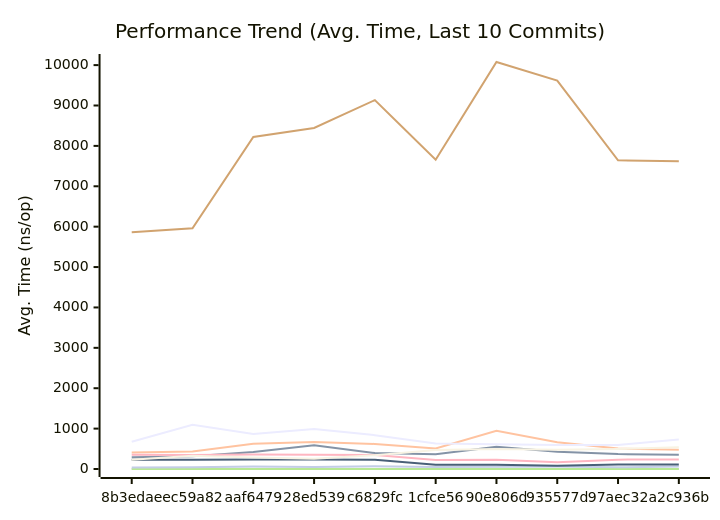
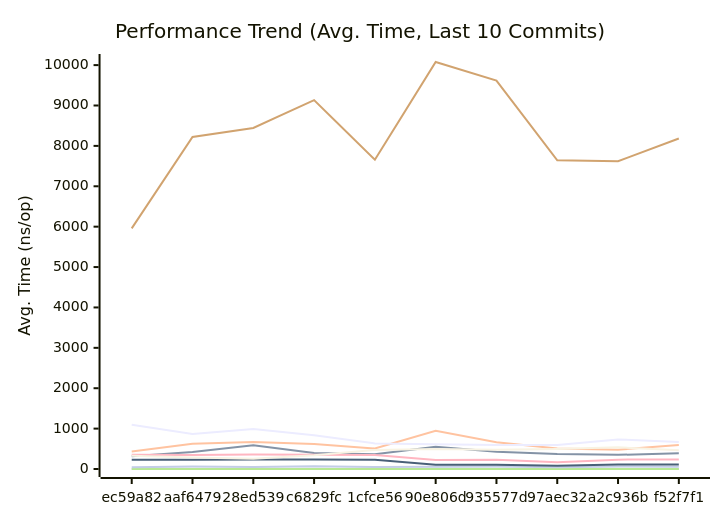
One commit to alsotoes/momo changed the first of 3 diagrams in docs/PERFORMANCE.md. Above: the diagram before and after it, drawn with Mermaid. The commit also changed other lines of this file and 3 other files, not shown here.

````diff
--- a/docs/PERFORMANCE.md
+++ b/docs/PERFORMANCE.md
@@ -128,18 +128,18 @@
 ```mermaid
 xychart-beta
     title "Performance Trend (Avg. Time, Last 10 Commits)"
     x-axis "Commit"
     y-axis "Avg. Time (ns/op)"
-    x-axis [8b3edae,ec59a82,aaf6479,28ed539,c6829fc,1cfce56,90e806d,935577d,97aec32,a2c936b]
-    line "CheckMetricsAndSwap" [8,10,11,9,9,8,11,10,9,8]
-    line "CrushOptimized" [293,317,420,587,396,363,549,426,370,350]
-    line "CrushOriginal" [409,436,627,667,620,506,949,663,507,479]
-    line "IndexDirectTracking" [0,0,1,0,0,0,0,0,0,0]
-    line "IndexSearch" [2,2,3,2,2,2,2,2,2,2]
-    line "LoadGlobalConfig" [5863,5958,8220,8445,9134,7656,10077,9618,7642,7622]
-    line "PadString" [39,41,59,49,67,48,56,64,43,60]
+    x-axis [ec59a82,aaf6479,28ed539,c6829fc,1cfce56,90e806d,935577d,97aec32,a2c936b,f52f7f1]
+    line "CheckMetricsAndSwap" [10,11,9,9,8,11,10,9,8,10]
+    line "CrushOptimized" [317,420,587,396,363,549,426,370,350,388]
+    line "CrushOriginal" [436,627,667,620,506,949,663,507,479,594]
+    line "IndexDirectTracking" [0,1,0,0,0,0,0,0,0,0]
+    line "IndexSearch" [2,3,2,2,2,2,2,2,2,2]
+    line "LoadGlobalConfig" [5958,8220,8445,9134,7656,10077,9618,7642,7622,8182]
+    line "PadString" [41,59,49,67,48,56,64,43,60,54]
     line "ParseReplicationOrder_NoPrealloc" [350,349,357,354,345,225,229,165,232,234]
     line "ParseReplicationOrder_Prealloc" [229,231,237,234,229,108,107,80,110,109]
-    line "SanitizeLog/Safe" [231,326,287,252,342,470,497,475,497,537]
-    line "SanitizeLog/Unsafe" [675,1095,866,989,838,634,610,596,597,732]
+    line "SanitizeLog/Safe" [326,287,252,342,470,497,475,497,537,464]
+    line "SanitizeLog/Unsafe" [1095,866,989,838,634,610,596,597,732,668]
 ```
````
